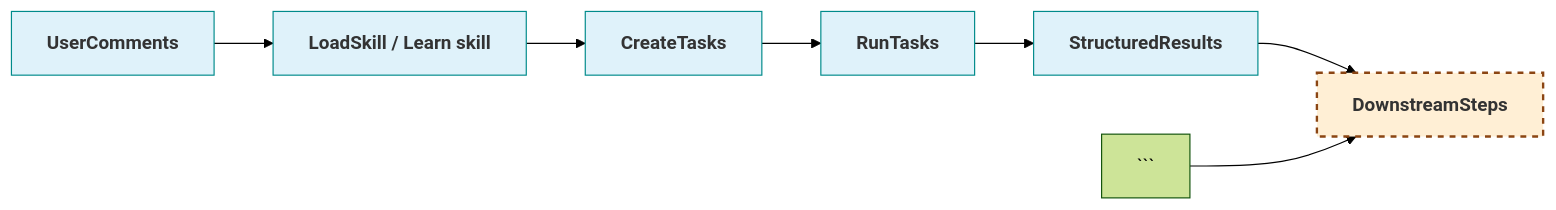
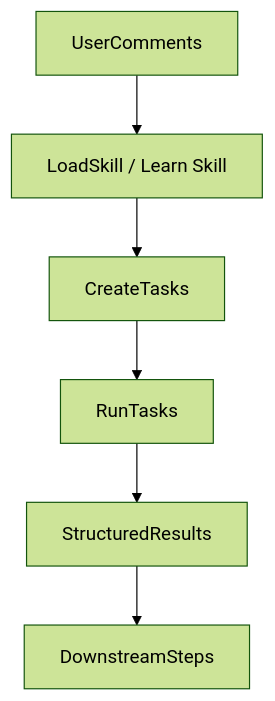
The diagram in README.md (Pravko-Solutions/FlashLearn), drawn with Mermaid (forest theme) before and after one commit.

````diff
--- a/README.md
+++ b/README.md
@@ -14,14 +14,8 @@
 ```mermaid
-flowchart LR
-    %% Define custom classes for styling
-    classDef step fill:#DFF2FA,stroke:#008B8B,stroke-width:1px,color:#333,font-weight:bold
-    classDef final fill:#FFEFD5,stroke:#8B4513,stroke-width:2px,color:#333,font-weight:bold,stroke-dasharray: 5 5
-
-    %% Define the flow
-    H[UserComments]:::step --> I[LoadSkill / Learn skill]:::step
-    I --> J[CreateTasks]:::step
-    J --> K[RunTasks]:::step
-    K --> L[StructuredResults]:::step
-    L --> M[DownstreamSteps]:::final
-```--> M[DownstreamSteps]
+flowchart TB
+    H[UserComments] --> I[LoadSkill / Learn Skill]
+    I --> J[CreateTasks]
+    J --> K[RunTasks]
+    K --> L[StructuredResults]
+    L --> M[DownstreamSteps]
 ```
````
